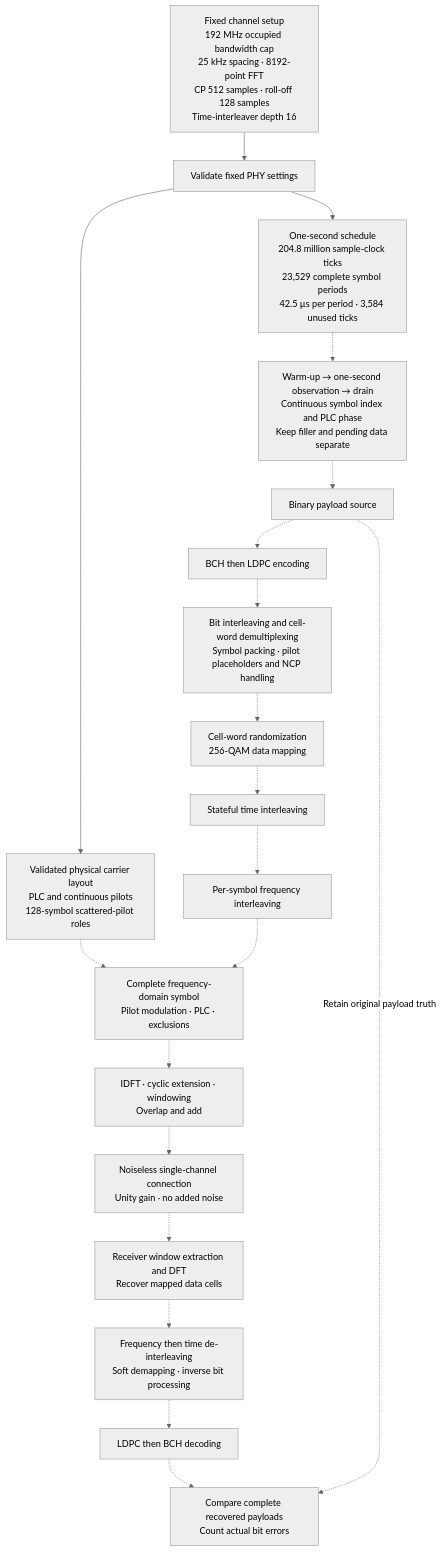
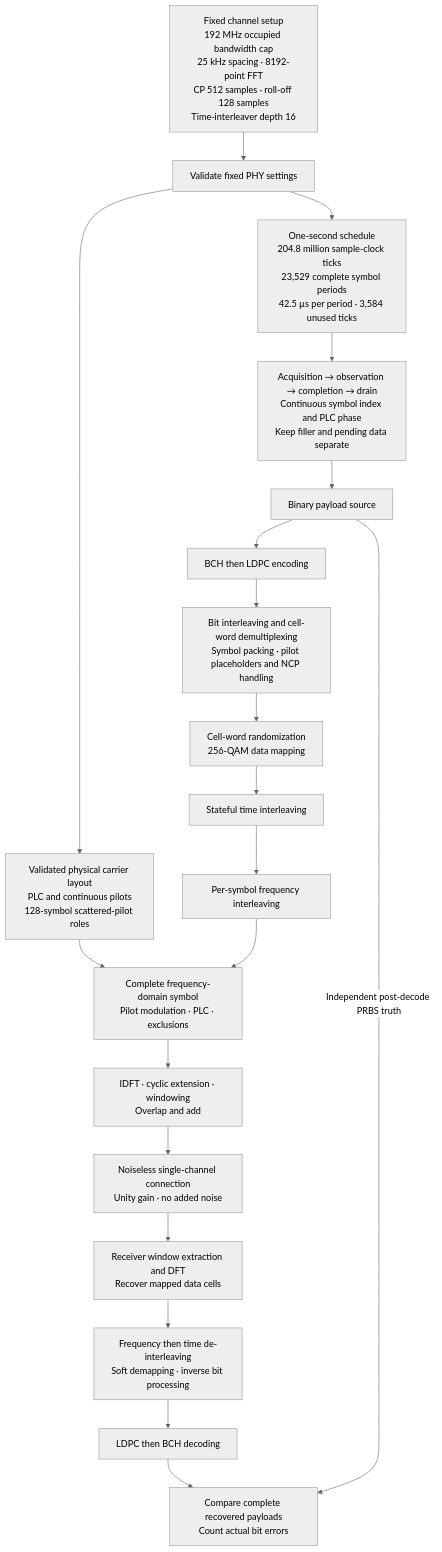
The first of 2 diagrams in docs/user/transmission.md (mgarcia01752/merlin), drawn with Mermaid (neutral theme) before and after one commit. The commit also changed other lines of this file and 34 other files, not shown here.

````diff
--- a/docs/user/transmission.md
+++ b/docs/user/transmission.md
@@ -35,31 +36,31 @@
 ```mermaid
 flowchart TD
     CONFIG["Fixed channel setup<br/>192 MHz occupied bandwidth cap<br/>25 kHz spacing · 8192-point FFT<br/>CP 512 samples · roll-off 128 samples<br/>Time-interleaver depth 16"]
     VALIDATE["Validate fixed PHY settings"]
     CLOCK["One-second schedule<br/>204.8 million sample-clock ticks<br/>23,529 complete symbol periods<br/>42.5 µs per period · 3,584 unused ticks"]
     LAYOUT["Validated physical carrier layout<br/>PLC and continuous pilots<br/>128-symbol scattered-pilot roles"]
     SOURCE["Binary payload source"]
     FEC["BCH then LDPC encoding"]
     BITS["Bit interleaving and cell-word demultiplexing<br/>Symbol packing · pilot placeholders and NCP handling"]
     QAM["Cell-word randomization<br/>256-QAM data mapping"]
     TIME["Stateful time interleaving"]
     FREQ["Per-symbol frequency interleaving"]
     GRID["Complete frequency-domain symbol<br/>Pilot modulation · PLC · exclusions"]
     TX["IDFT · cyclic extension · windowing<br/>Overlap and add"]
     CHANNEL["Noiseless single-channel connection<br/>Unity gain · no added noise"]
     RX["Receiver window extraction and DFT<br/>Recover mapped data cells"]
     INVERSE["Frequency then time de-interleaving<br/>Soft demapping · inverse bit processing"]
     DECODE["LDPC then BCH decoding"]
     COMPARE["Compare complete recovered payloads<br/>Count actual bit errors"]
-    LIFECYCLE["Warm-up → one-second observation → drain<br/>Continuous symbol index and PLC phase<br/>Keep filler and pending data separate"]
+    LIFECYCLE["Acquisition → observation → completion → drain<br/>Continuous symbol index and PLC phase<br/>Keep filler and pending data separate"]
 
     CONFIG --> VALIDATE --> CLOCK
     VALIDATE --> LAYOUT
-    LAYOUT -.-> GRID
-    CLOCK -.-> LIFECYCLE
-    LIFECYCLE -.-> SOURCE
-    SOURCE -.-> FEC -.-> BITS -.-> QAM
-    QAM -.-> TIME -.-> FREQ -.-> GRID -.-> TX
-    TX -.-> CHANNEL -.-> RX -.-> INVERSE -.-> DECODE -.-> COMPARE
-    SOURCE -.->|"Retain original payload truth"| COMPARE
+    LAYOUT --> GRID
+    CLOCK --> LIFECYCLE
+    LIFECYCLE --> SOURCE
+    SOURCE --> FEC --> BITS --> QAM
+    QAM --> TIME --> FREQ --> GRID --> TX
+    TX --> CHANNEL --> RX --> INVERSE --> DECODE --> COMPARE
+    SOURCE -->|"Independent post-decode PRBS truth"| COMPARE
 ```
````
